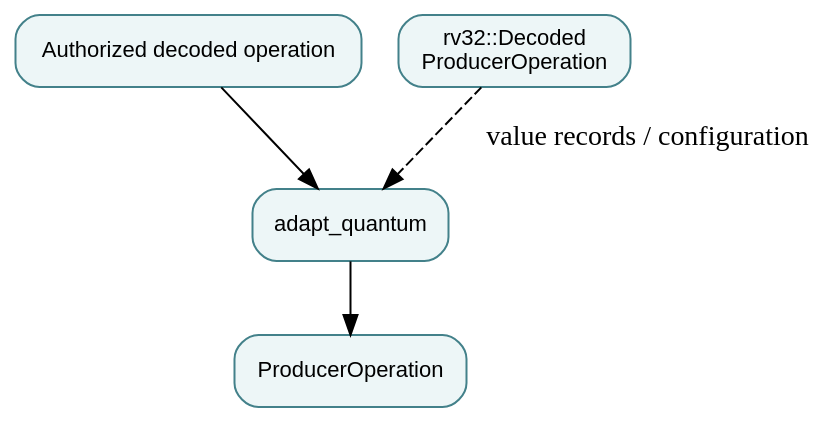
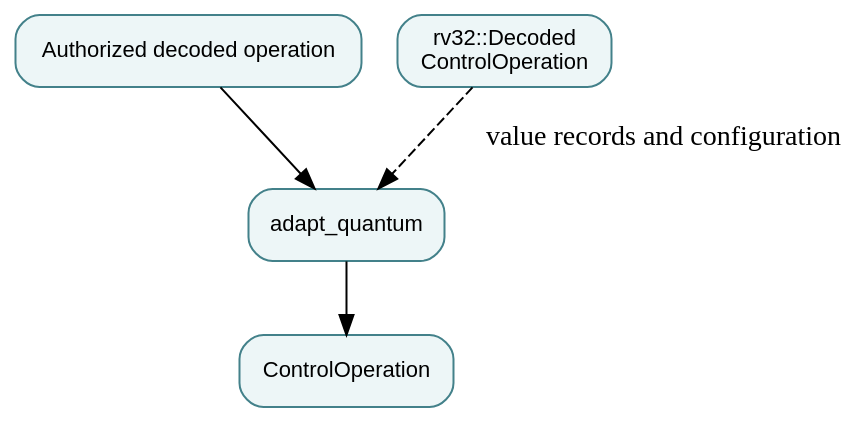
One commit to qsbit-org/qsbit-sim changed the diagram in docs/modules/quantum-instruction-adapter.md. Above: the diagram before and after it, drawn with Graphviz. The commit also changed other lines of this file and 71 other files, not shown here.

````diff
--- a/docs/modules/quantum-instruction-adapter.md
+++ b/docs/modules/quantum-instruction-adapter.md
@@ -14,11 +14,11 @@
 ```{graphviz}
 digraph module {
   rankdir=TB; bgcolor="transparent";
   node [shape=box, style="rounded,filled", fillcolor="#edf6f7", color="#43818a", fontname="sans-serif", fontsize=11];
   input [label="Authorized decoded operation"];
   owner [label="adapt_quantum"];
-  state [label="rv32::Decoded\nProducerOperation"];
-  output [label="ProducerOperation"];
-  input -> owner; owner -> output; state -> owner [style=dashed, label="value records / configuration"];
+  state [label="rv32::Decoded\nControlOperation"];
+  output [label="ControlOperation"];
+  input -> owner; owner -> output; state -> owner [style=dashed, label="value records and configuration"];
 }
 ```
````
